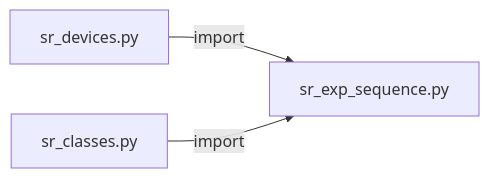
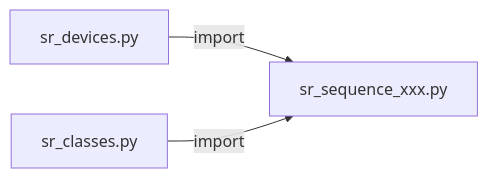
The diagram in Hardware/artiq_sinara/experimental-sequence/README.md (marijnleonardus/code-PhD-marijn), drawn with Mermaid before and after one commit. The commit also changed other lines of this file and 8 other files, not shown here.

````diff
--- a/Hardware/artiq_sinara/experimental-sequence/README.md
+++ b/Hardware/artiq_sinara/experimental-sequence/README.md
@@ -6,5 +6,5 @@
 ```mermaid
 graph LR
-sr_devices.py -->|import| sr_exp_sequence.py
-sr_classes.py -->|import| sr_exp_sequence.py
+sr_devices.py -->|import| sr_sequence_xxx.py
+sr_classes.py -->|import| sr_sequence_xxx.py
 ```
````
